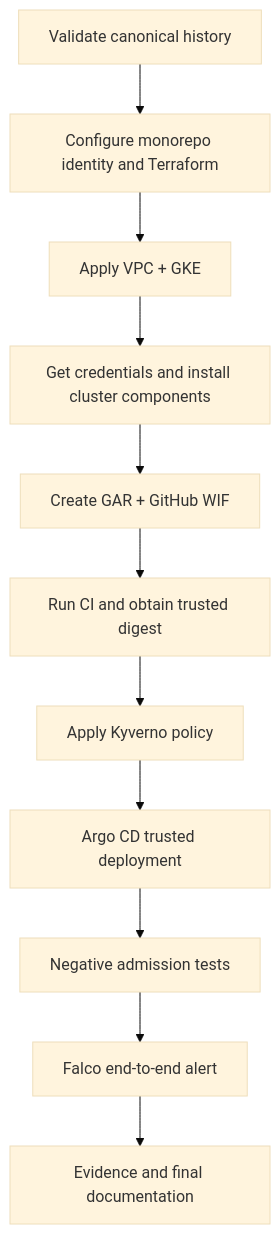
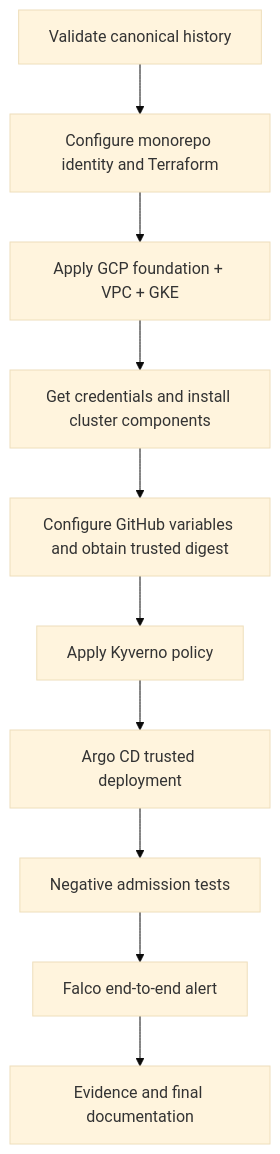
The fifth of 5 diagrams in docs/codex/01-IMPLEMENTATION-PLAN.md (devSatym/gcp-supply-chain-security), drawn with Mermaid (base theme) before and after one commit. The commit also changed other lines of this file and 35 other files, not shown here.

````diff
--- a/docs/codex/01-IMPLEMENTATION-PLAN.md
+++ b/docs/codex/01-IMPLEMENTATION-PLAN.md
@@ -69,13 +69,12 @@
 ```mermaid
 flowchart TD
   H[Validate canonical history] --> B[Configure monorepo identity and Terraform]
-  B --> N[Apply VPC + GKE]
+  B --> N[Apply GCP foundation + VPC + GKE]
   N --> C[Get credentials and install cluster components]
-  C --> W[Create GAR + GitHub WIF]
-  W --> P[Run CI and obtain trusted digest]
+  C --> P[Configure GitHub variables and obtain trusted digest]
   P --> K[Apply Kyverno policy]
   K --> A[Argo CD trusted deployment]
   A --> T[Negative admission tests]
   T --> F[Falco end-to-end alert]
   F --> D[Evidence and final documentation]
 ```
````
